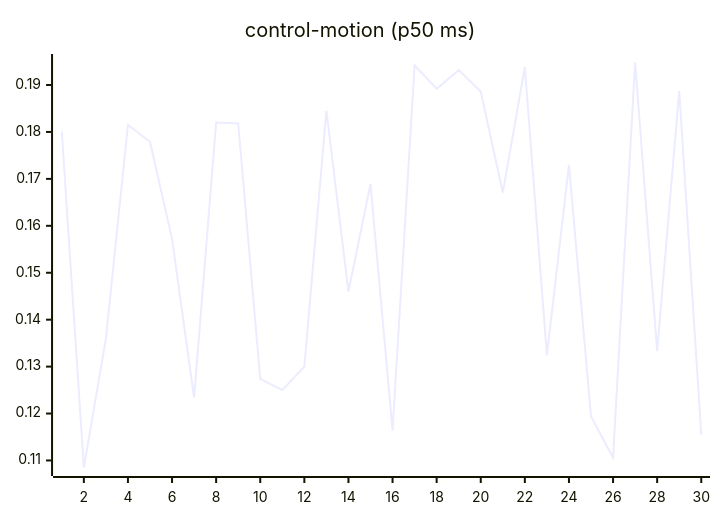
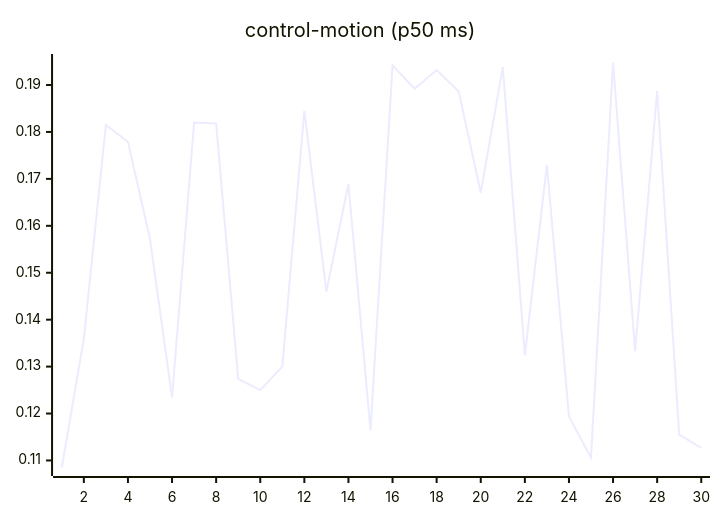
One commit to josha/Facet changed the seventh of 27 diagrams in README.md. Above: the diagram before and after it, drawn with Mermaid. The commit also changed other lines of this file and 2 other files, not shown here.

````diff
--- a/README.md
+++ b/README.md
@@ -105,6 +105,6 @@
 ```mermaid
 xychart-beta
     title "control-motion (p50 ms)"
     x-axis 1 --> 30
-    line [0.1801, 0.1085, 0.1359, 0.1815, 0.1779, 0.1572, 0.1234, 0.1820, 0.1818, 0.1274, 0.1250, 0.1300, 0.1845, 0.1460, 0.1689, 0.1164, 0.1942, 0.1892, 0.1932, 0.1886, 0.1671, 0.1938, 0.1324, 0.1730, 0.1194, 0.1106, 0.1948, 0.1333, 0.1887, 0.1155]
+    line [0.1085, 0.1359, 0.1815, 0.1779, 0.1572, 0.1234, 0.1820, 0.1818, 0.1274, 0.1250, 0.1300, 0.1845, 0.1460, 0.1689, 0.1164, 0.1942, 0.1892, 0.1932, 0.1886, 0.1671, 0.1938, 0.1324, 0.1730, 0.1194, 0.1106, 0.1948, 0.1333, 0.1887, 0.1155, 0.1127]
 ```
````
